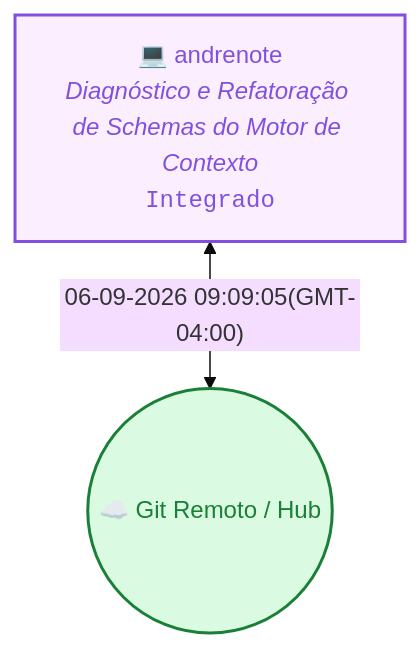
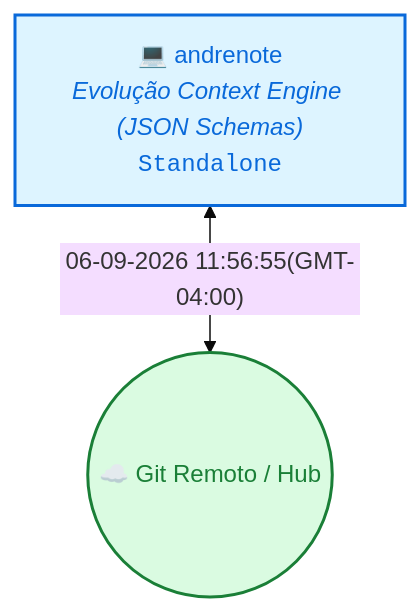
Before and after one commit to vitalia-platform/vitalia-sdd-context: the diagram in README.md, drawn with Mermaid (base theme). The commit also changed other lines of this file and 11 other files, not shown here.

````diff
--- a/README.md
+++ b/README.md
@@ -20,8 +20,8 @@
 ```mermaid
 flowchart TD
   Cloud(("☁️ Git Remoto / Hub"))
-  M_7f367bd3["💻 andrenote<br/><i>Diagnóstico e Refatoração de Schemas do Motor de Contexto</i><br/><code>Integrado</code>"]
-  M_7f367bd3 <-->|"06-09-2026 09:09:05(GMT-04:00)"| Cloud
-  style M_7f367bd3 stroke:#8250df,stroke-width:2px,fill:#fbefff,color:#8250df
+  M_7f367bd3["💻 andrenote<br/><i>Evolução Context Engine (JSON Schemas)</i><br/><code>Standalone</code>"]
+  M_7f367bd3 <-->|"06-09-2026 11:56:55(GMT-04:00)"| Cloud
+  style M_7f367bd3 stroke:#0969da,stroke-width:2px,fill:#ddf4ff,color:#0969da
   style Cloud stroke:#1a7f37,stroke-width:2px,fill:#dafbe1,color:#1a7f37
 ```
````
